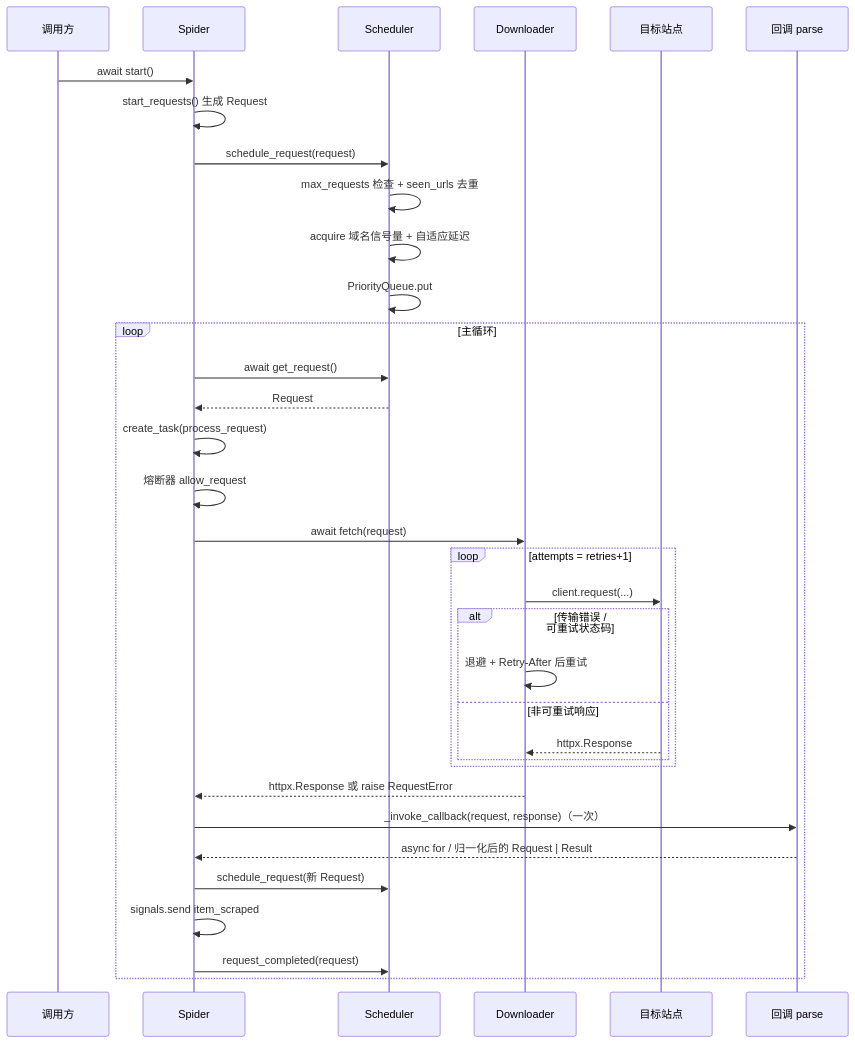
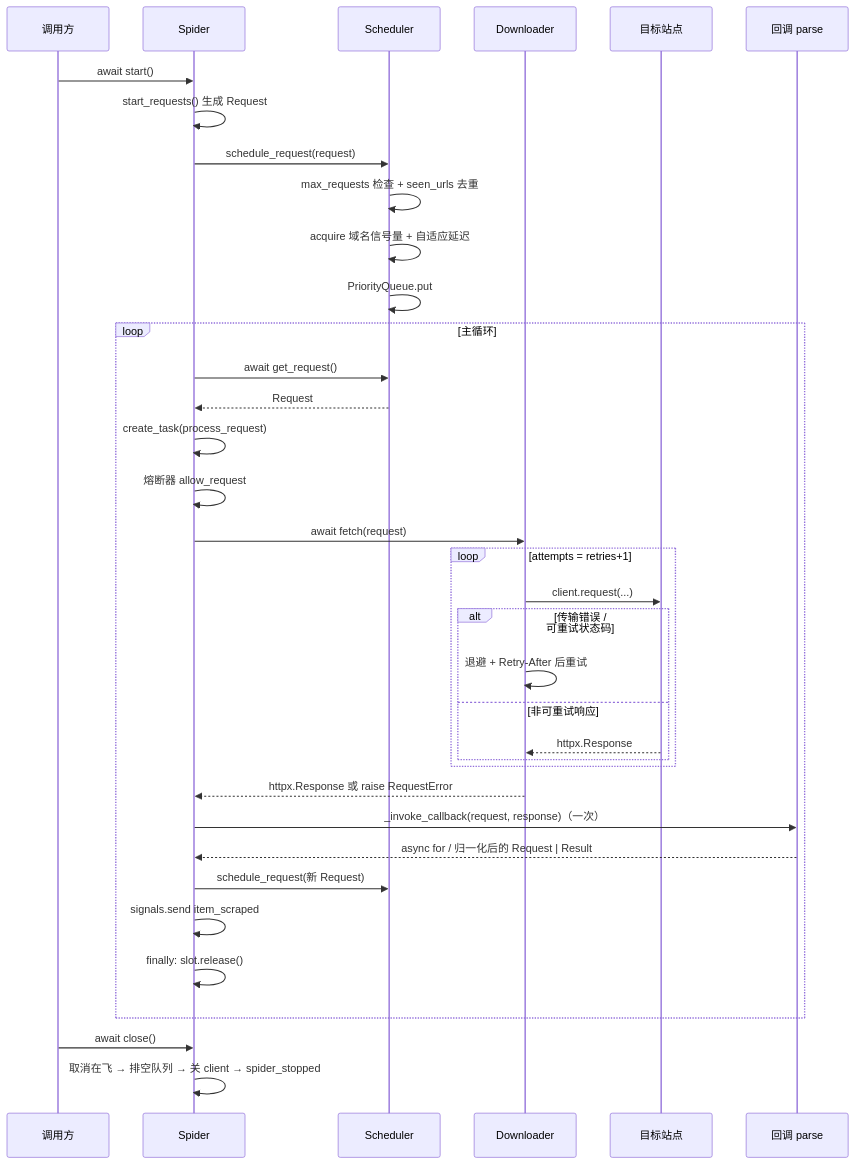
Before and after one commit to fengqimin/WebAnts: the second of 3 diagrams in docs/wiki/01-architecture.md, drawn with Mermaid. The commit also changed other lines of this file and 9 other files, not shown here.

````diff
--- a/docs/wiki/01-architecture.md
+++ b/docs/wiki/01-architecture.md
@@ -54,37 +54,39 @@
 ```mermaid
 sequenceDiagram
     participant U as 调用方
     participant SP as Spider
     participant SCH as Scheduler
     participant DL as Downloader
     participant NET as 目标站点
     participant CB as 回调 parse
 
     U->>SP: await start()
     SP->>SP: start_requests() 生成 Request
     SP->>SCH: schedule_request(request)
     SCH->>SCH: max_requests 检查 + seen_urls 去重
     SCH->>SCH: acquire 域名信号量 + 自适应延迟
     SCH->>SCH: PriorityQueue.put
     loop 主循环
         SP->>SCH: await get_request()
         SCH-->>SP: Request
         SP->>SP: create_task(process_request)
         SP->>SP: 熔断器 allow_request
         SP->>DL: await fetch(request)
         loop attempts = retries+1
             DL->>NET: client.request(...)
             alt 传输错误 / 可重试状态码
                 DL->>DL: 退避 + Retry-After 后重试
             else 非可重试响应
                 NET-->>DL: httpx.Response
             end
         end
         DL-->>SP: httpx.Response 或 raise RequestError
         SP->>CB: _invoke_callback(request, response)（一次）
         CB-->>SP: async for / 归一化后的 Request | Result
         SP->>SCH: schedule_request(新 Request)
         SP->>SP: signals.send item_scraped
-        SP->>SCH: request_completed(request)
+        SP->>SP: finally: slot.release()
     end
+    U->>SP: await close()
+    SP->>SP: 取消在飞 → 排空队列 → 关 client → spider_stopped
 ```
````
